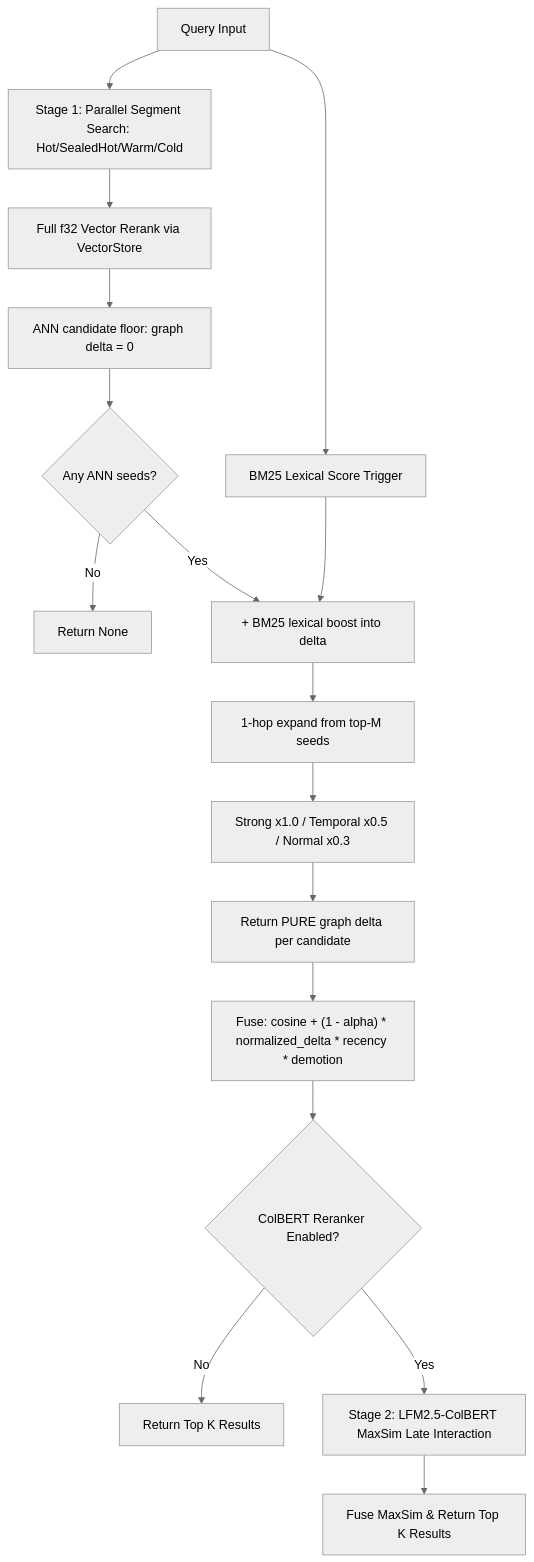
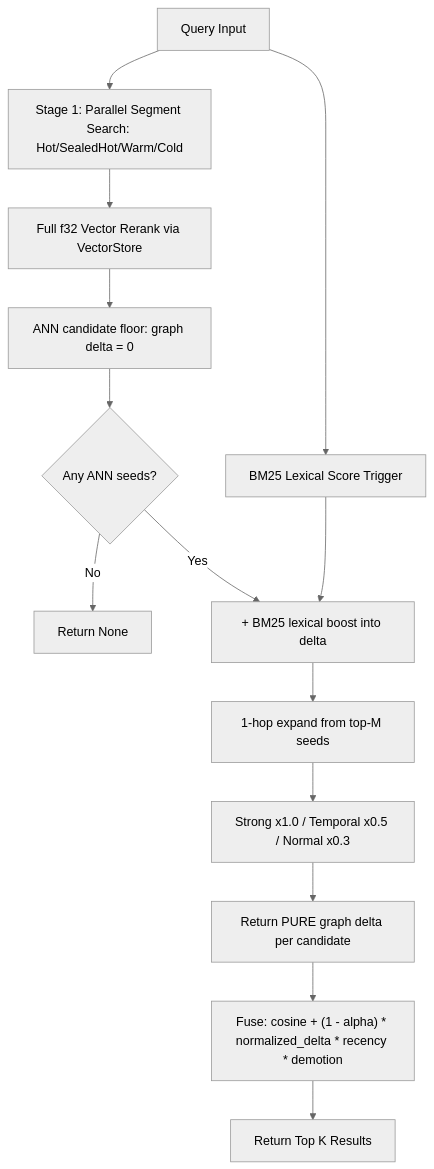
One commit to jatin711-debug/TurboSupermemory changed the third of 5 diagrams in docs/architecture.md. Above: the diagram before and after it, drawn with Mermaid (neutral theme). The commit also changed other lines of this file and 15 other files, not shown here.

First line of the commit message:
refactor(sdk)!: remove the ColBERT reranker

````diff
--- a/docs/architecture.md
+++ b/docs/architecture.md
@@ -108,19 +101,16 @@
 ```mermaid
 flowchart TD
     Q["Query Input"] --> ANN["Stage 1: Parallel Segment Search: Hot/SealedHot/Warm/Cold"]
     ANN --> Rerank["Full f32 Vector Rerank via VectorStore"]
     Rerank --> Floor["ANN candidate floor: graph delta = 0"]
     Q --> BM25["BM25 Lexical Score Trigger"]
     Floor --> Empty{"Any ANN seeds?"}
     Empty -- "No" --> ReturnNone["Return None"]
     Empty -- "Yes" --> Lexical["+ BM25 lexical boost into delta"]
     BM25 --> Lexical
     Lexical --> Expand["1-hop expand from top-M seeds"]
     Expand --> Pools["Strong x1.0 / Temporal x0.5 / Normal x0.3"]
     Pools --> Delta["Return PURE graph delta per candidate"]
     Delta --> Fusion["Fuse: cosine + (1 - alpha) * normalized_delta * recency * demotion"]
-    Fusion --> Stage2{"ColBERT Reranker Enabled?"}
-    Stage2 -- "No" --> TopK["Return Top K Results"]
-    Stage2 -- "Yes" --> ColBERT["Stage 2: LFM2.5-ColBERT MaxSim Late Interaction"]
-    ColBERT --> FinalSort["Fuse MaxSim & Return Top K Results"]
+    Fusion --> TopK["Return Top K Results"]
 ```
````
